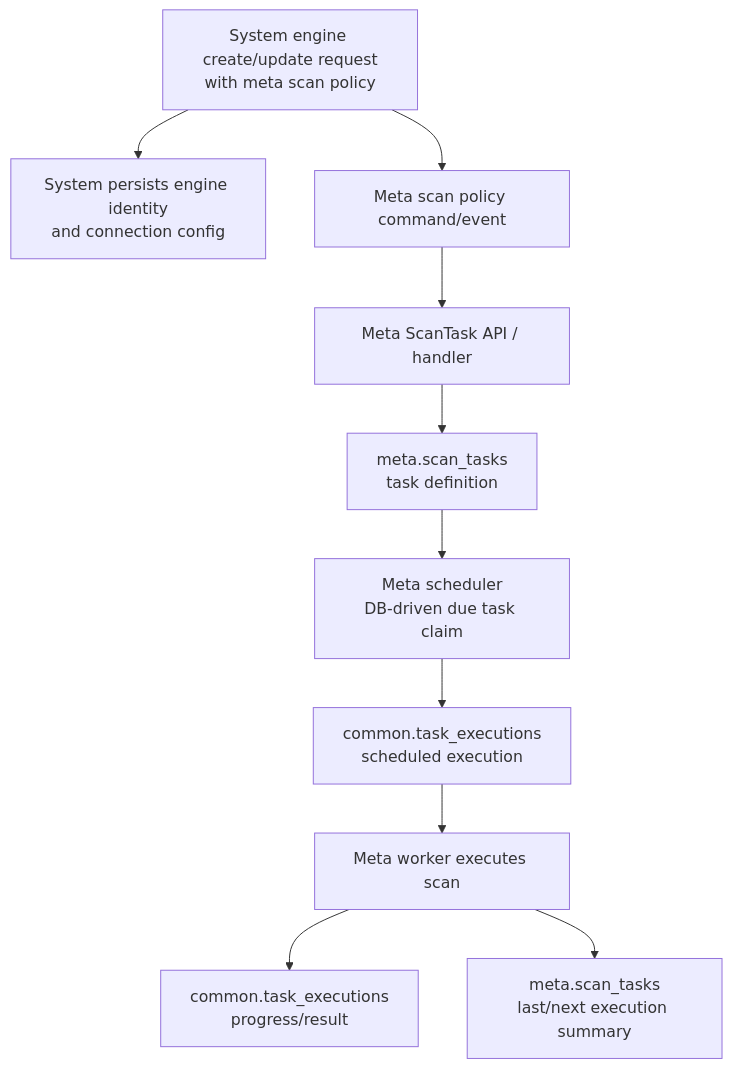
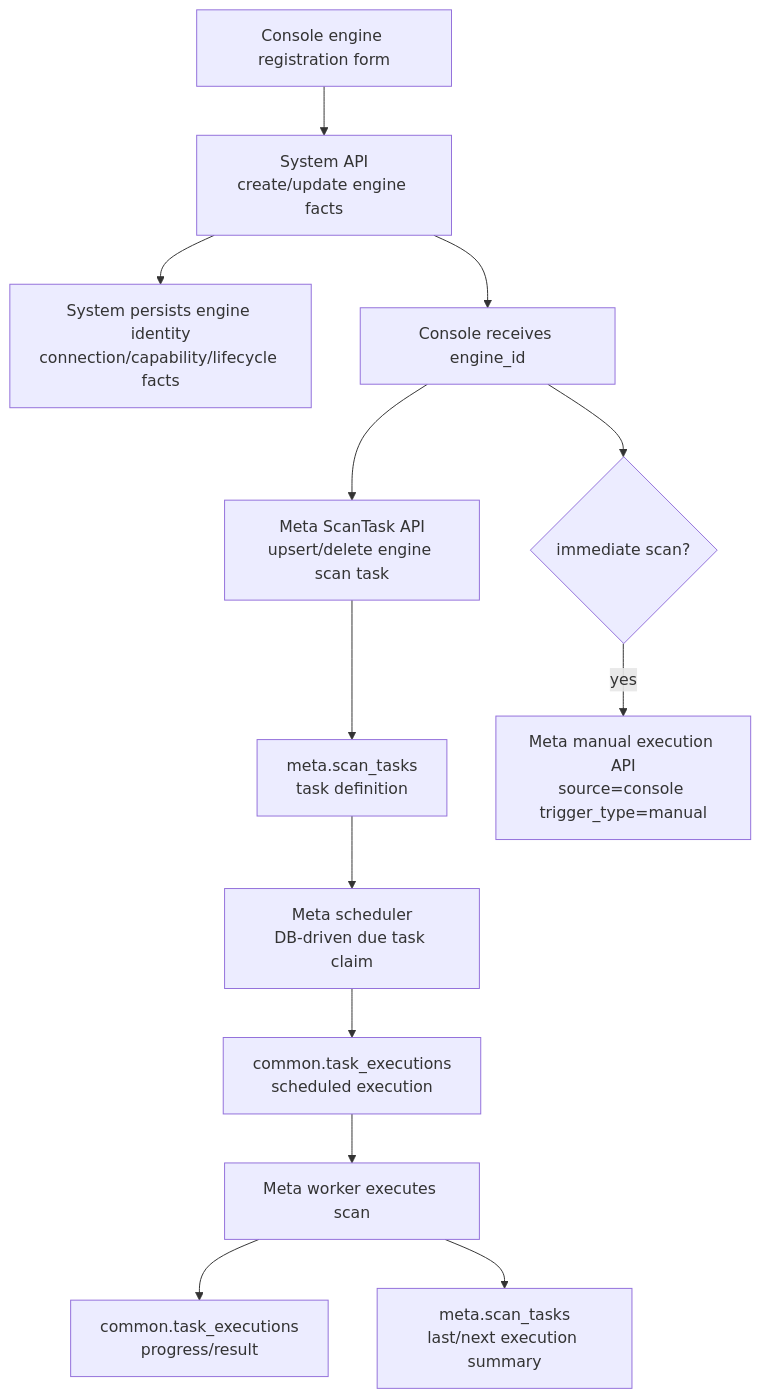
Before and after one commit to pampa0629/addp: the sixth of 8 diagrams in docs/next/meta扫描入口与内部主线设计.md, drawn with Mermaid. The commit also changed other lines of this file and 151 other files, not shown here.

````diff
--- a/docs/next/meta扫描入口与内部主线设计.md
+++ b/docs/next/meta扫描入口与内部主线设计.md
@@ -309,12 +310,15 @@
 ```mermaid
 flowchart TD
-    A[System engine create/update request<br/>with meta scan policy] --> B[System persists engine identity<br/>and connection config]
-    A --> C[Meta scan policy command/event]
-    C --> D[Meta ScanTask API / handler]
-    D --> E[meta.scan_tasks<br/>task definition]
-    E --> F[Meta scheduler<br/>DB-driven due task claim]
-    F --> G[common.task_executions<br/>scheduled execution]
-    G --> H[Meta worker executes scan]
-    H --> I[common.task_executions<br/>progress/result]
-    H --> J[meta.scan_tasks<br/>last/next execution summary]
+    A[Console engine registration form] --> B[System API<br/>create/update engine facts]
+    B --> C[System persists engine identity<br/>connection/capability/lifecycle facts]
+    B --> D[Console receives engine_id]
+    D --> E[Meta ScanTask API<br/>upsert/delete engine scan task]
+    E --> F[meta.scan_tasks<br/>task definition]
+    D --> G{immediate scan?}
+    G -- yes --> H[Meta manual execution API<br/>source=console trigger_type=manual]
+    F --> I[Meta scheduler<br/>DB-driven due task claim]
+    I --> J[common.task_executions<br/>scheduled execution]
+    J --> K[Meta worker executes scan]
+    K --> L[common.task_executions<br/>progress/result]
+    K --> M[meta.scan_tasks<br/>last/next execution summary]
 ```
````
